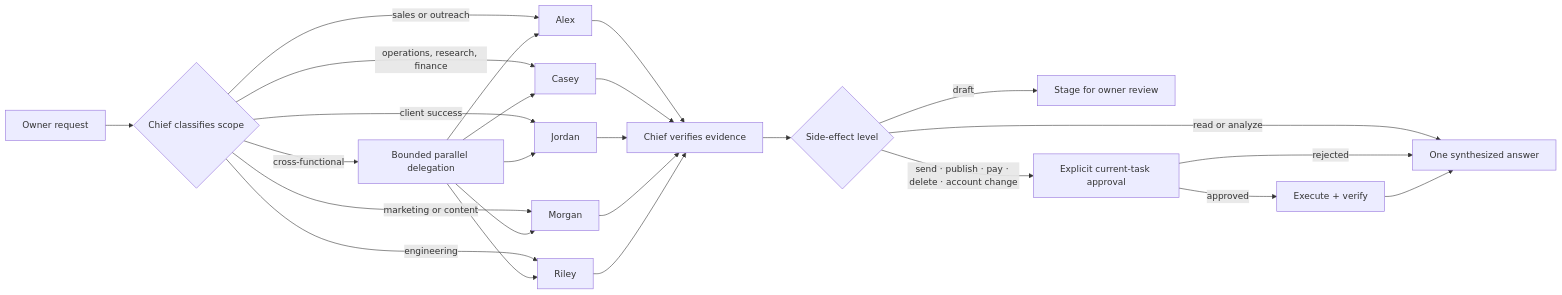
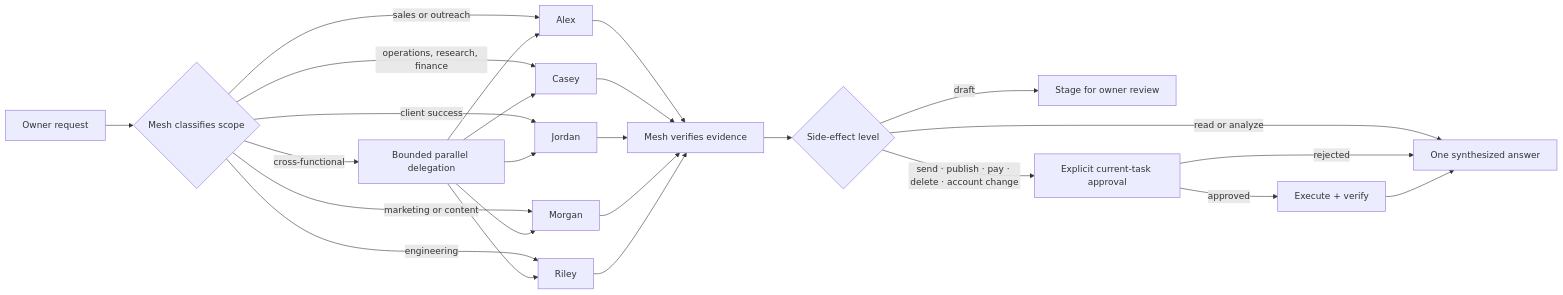
Before and after one commit to thefiredev-cloud/meshvault-agentic-architecture: the third of 5 diagrams in README.md, drawn with Mermaid. The commit also changed other lines of this file, not shown here.

Commit message:
docs: rename Chief to Mesh (front-door identity canon 2026-07-25)

````diff
--- a/README.md
+++ b/README.md
@@ -134,31 +134,31 @@
 ```mermaid
 flowchart LR
-    Request["Owner request"] --> Classify{"Chief classifies scope"}
+    Request["Owner request"] --> Classify{"Mesh classifies scope"}
 
     Classify -->|sales or outreach| Alex["Alex"]
     Classify -->|operations, research, finance| Casey["Casey"]
     Classify -->|client success| Jordan["Jordan"]
     Classify -->|marketing or content| Morgan["Morgan"]
     Classify -->|engineering| Riley["Riley"]
     Classify -->|cross-functional| Fanout["Bounded parallel delegation"]
 
     Fanout --> Alex
     Fanout --> Casey
     Fanout --> Jordan
     Fanout --> Morgan
     Fanout --> Riley
 
-    Alex --> Verify["Chief verifies evidence"]
+    Alex --> Verify["Mesh verifies evidence"]
     Casey --> Verify
     Jordan --> Verify
     Morgan --> Verify
     Riley --> Verify
 
     Verify --> Risk{"Side-effect level"}
     Risk -->|read or analyze| Return["One synthesized answer"]
     Risk -->|draft| Stage["Stage for owner review"]
     Risk -->|send · publish · pay · delete · account change| Approval["Explicit current-task approval"]
     Approval -->|approved| Execute["Execute + verify"]
     Approval -->|rejected| Return
     Execute --> Return
 ```
````
